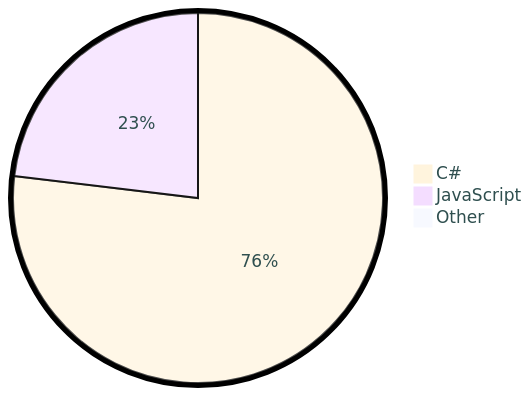
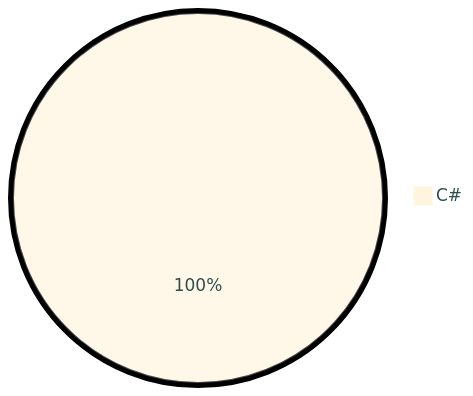
One commit to tot0p/tot0p changed the diagram in README.md. Above: the diagram before and after it, drawn with Mermaid. The commit also changed other lines of this file, not shown here.

````diff
--- a/README.md
+++ b/README.md
@@ -70,7 +66,5 @@
 ```mermaid
 %%{init: {"pie": {"textPosition": 0.5}, "themeVariables": {"pieOuterStrokeWidth": "5px","primaryTextColor" : "#2F4F4F"},"theme":"base"} }%%
 pie
-	"C#": 76.32
-	"JavaScript": 22.94
-	"Other": 0.74
+	"C#": 100.0
 ```
````
